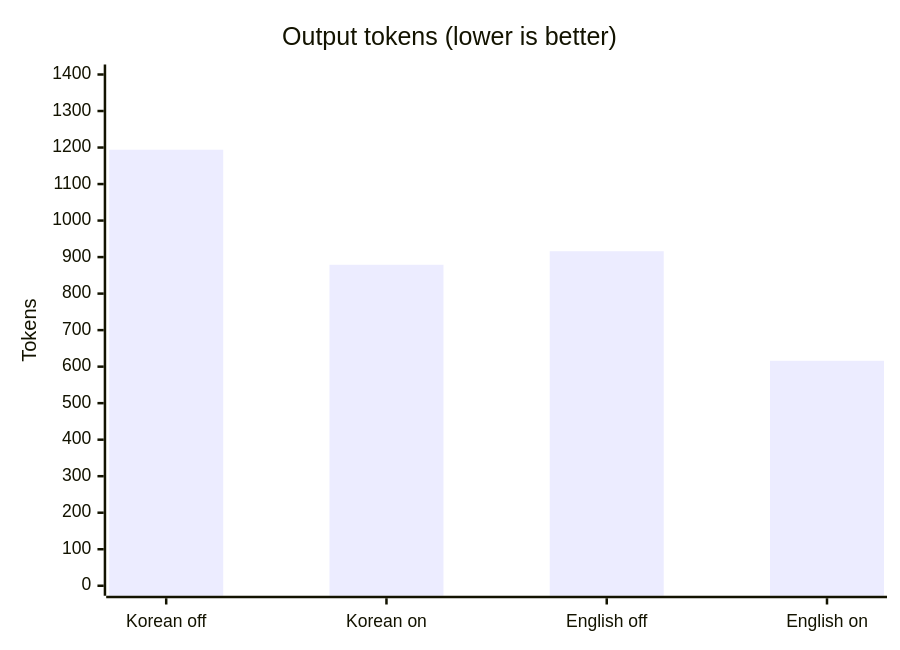
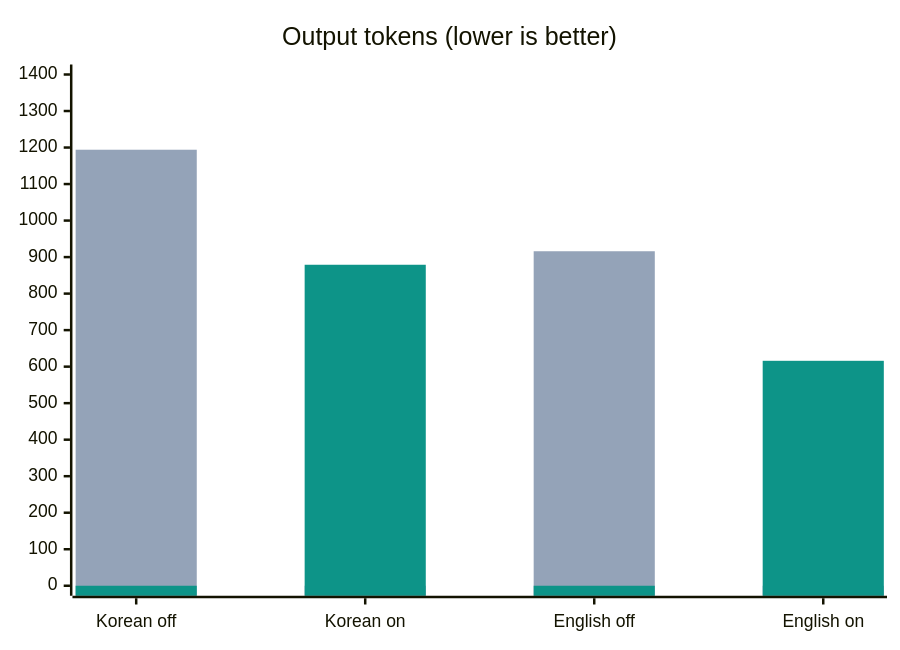
One commit to evelynn/get-to-it changed the first of 2 diagrams in README.md. Above: the diagram before and after it, drawn with Mermaid. The commit also changed other lines of this file and 2 other files, not shown here.

Commit message:
karin: 토큰 그래프의 끔·켬 막대 색 구분과 깨지는 세로축 제목 제거
- 끔은 회색, 켬은 청록으로 표시(mermaid plotColorPalette)
- 회전된 한글 세로축 제목이 깨져 보여 제거
- 브라우저 확인 도구가 만든 로컬 폴더(.gstack/)를 git 제외에 추가

````diff
--- a/README.md
+++ b/README.md
@@ -22,7 +22,9 @@
 ```mermaid
+%%{init: {"themeVariables": {"xyChart": {"plotColorPalette": "#94a3b8, #0d9488"}}}}%%
 xychart-beta
     title "Output tokens (lower is better)"
     x-axis ["Korean off", "Korean on", "English off", "English on"]
-    y-axis "Tokens" 0 --> 1400
-    bar [1194, 879, 916, 616]
+    y-axis 0 --> 1400
+    bar [1194, 0, 916, 0]
+    bar [0, 879, 0, 616]
 ```
````
